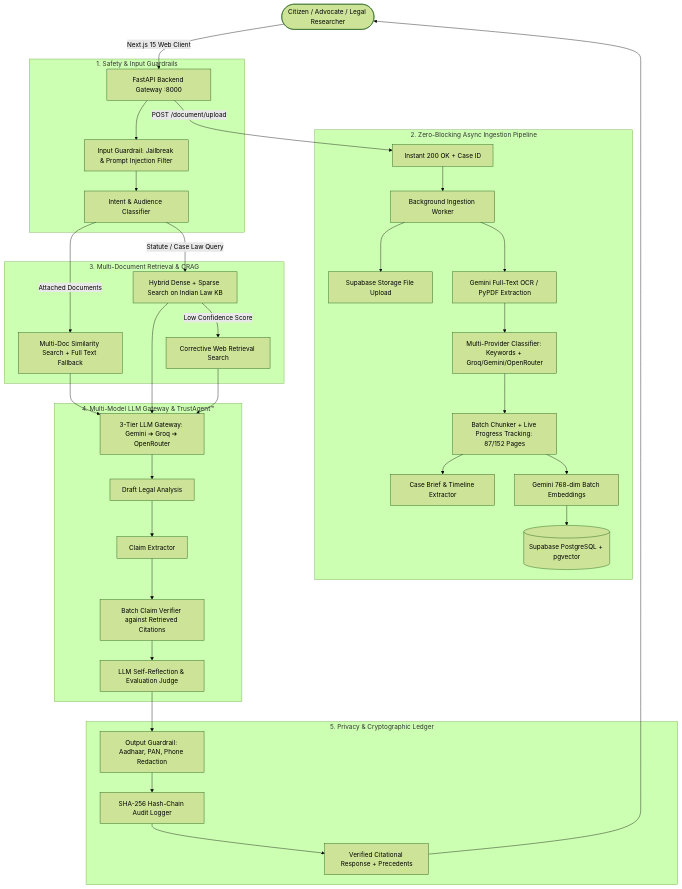
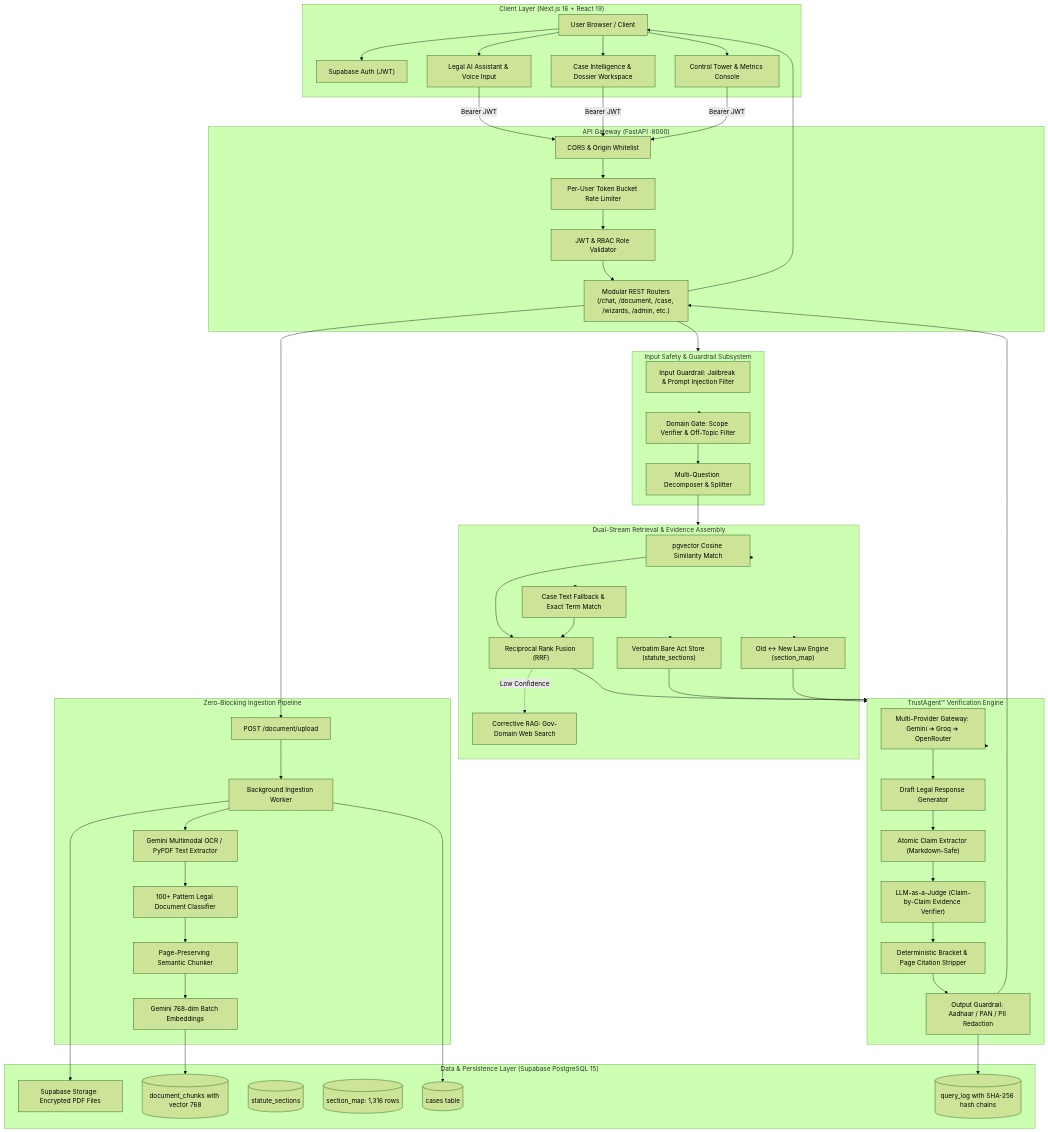
Before and after one commit to tanisha-64/NyayaPramaan: the first of 10 diagrams in README.md, drawn with Mermaid (forest theme). The commit also changed other lines of this file, not shown here.

````diff
--- a/README.md
+++ b/README.md
@@ -29,45 +167,81 @@
 ```mermaid
-graph TD
-    User([Citizen / Advocate / Legal Researcher]) -->|Next.js 15 Web Client| Gateway[FastAPI Backend Gateway :8000]
-    
-    subgraph "1. Safety & Input Guardrails"
-        Gateway --> InGuard[Input Guardrail: Jailbreak & Prompt Injection Filter]
-        InGuard --> IntentClass[Intent & Audience Classifier]
+flowchart TD
+    subgraph ClientLayer["Client Layer (Next.js 16 + React 19)"]
+        Browser["User Browser / Client"]
+        AuthUI["Supabase Auth (JWT)"]
+        ChatUI["Legal AI Assistant & Voice Input"]
+        DashUI["Case Intelligence & Dossier Workspace"]
+        AdminUI["Control Tower & Metrics Console"]
     end
 
-    subgraph "2. Zero-Blocking Async Ingestion Pipeline"
-        Gateway -->|POST /document/upload| QuickResp[Instant 200 OK + Case ID]
-        QuickResp --> BgTask[Background Ingestion Worker]
-        BgTask --> Storage[Supabase Storage File Upload]
-        BgTask --> OCR[Gemini Full-Text OCR / PyPDF Extraction]
-        OCR --> Classifier[Multi-Provider Classifier: Keywords + Groq/Gemini/OpenRouter]
-        Classifier --> Chunker[Batch Chunker + Live Progress Tracking: 87/152 Pages]
-        Chunker --> Summarizer[Case Brief & Timeline Extractor]
-        Chunker --> Embedder[Gemini 768-dim Batch Embeddings]
-        Embedder --> VectorDB[(Supabase PostgreSQL + pgvector)]
+    subgraph APILayer["API Gateway (FastAPI :8000)"]
+        Cors["CORS & Origin Whitelist"]
+        RateLimit["Per-User Token Bucket Rate Limiter"]
+        AuthGuard["JWT & RBAC Role Validator"]
+        Router["Modular REST Routers\n(/chat, /document, /case, /wizards, /admin, etc.)"]
     end
 
-    subgraph "3. Multi-Document Retrieval & CRAG"
-        IntentClass -->|Attached Documents| DocRAG[Multi-Doc Similarity Search + Full Text Fallback]
-        IntentClass -->|Statute / Case Law Query| KbRAG[Hybrid Dense + Sparse Search on Indian Law KB]
-        KbRAG -->|Low Confidence Score| CRAG[Corrective Web Retrieval Search]
+    subgraph SecurityPipeline["Input Safety & Guardrail Subsystem"]
+        InGuard["Input Guardrail: Jailbreak & Prompt Injection Filter"]
+        DomainGate["Domain Gate: Scope Verifier & Off-Topic Filter"]
+        MultiQ["Multi-Question Decomposer & Splitter"]
     end
 
-    subgraph "4. Multi-Model LLM Gateway & TrustAgent™"
-        DocRAG --> LLMGateway[3-Tier LLM Gateway: Gemini ➔ Groq ➔ OpenRouter]
-        KbRAG --> LLMGateway
-        CRAG --> LLMGateway
-        LLMGateway --> DraftAnswer[Draft Legal Analysis]
-        DraftAnswer --> ClaimExt[Claim Extractor]
-        ClaimExt --> Verifier[Batch Claim Verifier against Retrieved Citations]
-        Verifier --> Judge[LLM Self-Reflection & Evaluation Judge]
+    subgraph IngestionSubsystem["Zero-Blocking Ingestion Pipeline"]
+        Upload["POST /document/upload"]
+        BgWorker["Background Ingestion Worker"]
+        DocReader["Gemini Multimodal OCR / PyPDF Text Extractor"]
+        DocClassifier["100+ Pattern Legal Document Classifier"]
+        Chunker["Page-Preserving Semantic Chunker"]
+        GeminiEmbed["Gemini 768-dim Batch Embeddings"]
     end
 
-    subgraph "5. Privacy & Cryptographic Ledger"
-        Judge --> OutGuard[Output Guardrail: Aadhaar, PAN, Phone Redaction]
-        OutGuard --> HashChain[SHA-256 Hash-Chain Audit Logger]
-        HashChain --> FinalResponse[Verified Citational Response + Precedents]
+    subgraph HybridRAG["Dual-Stream Retrieval & Evidence Assembly"]
+        VecStore["pgvector Cosine Similarity Match"]
+        LexSearch["Case Text Fallback & Exact Term Match"]
+        RRF["Reciprocal Rank Fusion (RRF)"]
+        StatuteTable["Verbatim Bare Act Store (statute_sections)"]
+        SectionMap["Old ↔ New Law Engine (section_map)"]
+        CRAG["Corrective RAG: Gov-Domain Web Search"]
     end
 
-    FinalResponse --> User
+    subgraph VerificationSubsystem["TrustAgent™ Verification Engine"]
+        LLMGateway["Multi-Provider Gateway: Gemini ➔ Groq ➔ OpenRouter"]
+        DraftLLM["Draft Legal Response Generator"]
+        ClaimExt["Atomic Claim Extractor (Markdown-Safe)"]
+        LLMJudge["LLM-as-a-Judge (Claim-by-Claim Evidence Verifier)"]
+        CitationChk["Deterministic Bracket & Page Citation Stripper"]
+        OutGuard["Output Guardrail: Aadhaar / PAN / PII Redaction"]
+    end
+
+    subgraph StorageLayer["Data & Persistence Layer (Supabase PostgreSQL 15)"]
+        DB_Cases[(cases table)]
+        DB_Chunks[(document_chunks with vector 768)]
+        DB_Statutes[(statute_sections)]
+        DB_Map[(section_map: 1,316 rows)]
+        DB_Log[(query_log with SHA-256 hash chains)]
+        CloudStorage["Supabase Storage: Encrypted PDF Files"]
+    end
+
+    Browser --> AuthUI
+    Browser --> ChatUI & DashUI & AdminUI
+    ChatUI & DashUI & AdminUI -->|Bearer JWT| Cors --> RateLimit --> AuthGuard --> Router
+
+    Router --> SecurityPipeline
+    SecurityPipeline --> DomainGate --> MultiQ
+
+    Router --> Upload --> BgWorker
+    BgWorker --> CloudStorage
+    BgWorker --> DocReader --> DocClassifier --> Chunker --> GeminiEmbed --> DB_Chunks
+    BgWorker --> DB_Cases
+
+    MultiQ --> HybridRAG
+    HybridRAG --> VecStore & LexSearch --> RRF
+    HybridRAG --> StatuteTable & SectionMap
+    RRF -.->|Low Confidence| CRAG
+
+    RRF & StatuteTable & SectionMap --> VerificationSubsystem
+    VerificationSubsystem --> LLMGateway --> DraftLLM --> ClaimExt --> LLMJudge --> CitationChk --> OutGuard
+    OutGuard --> DB_Log
+    OutGuard --> Router --> Browser
 ```
````
